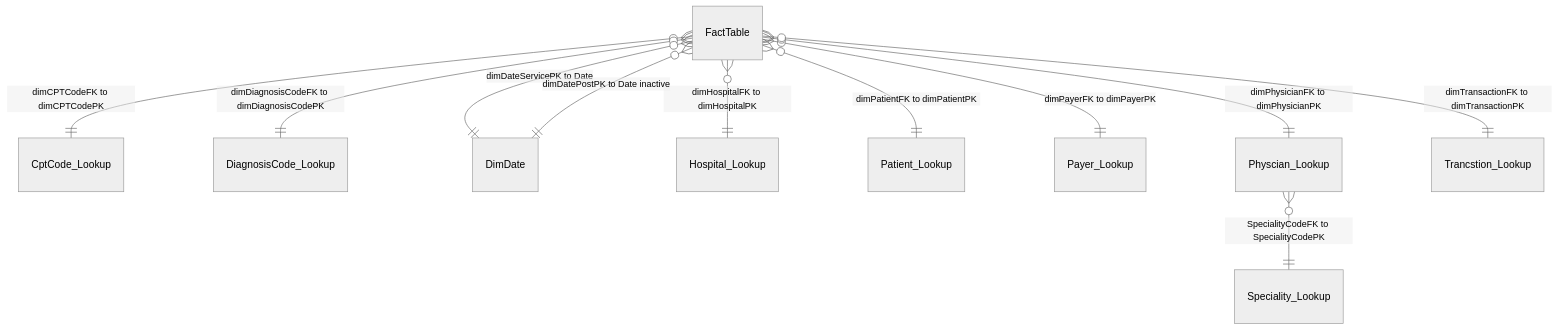
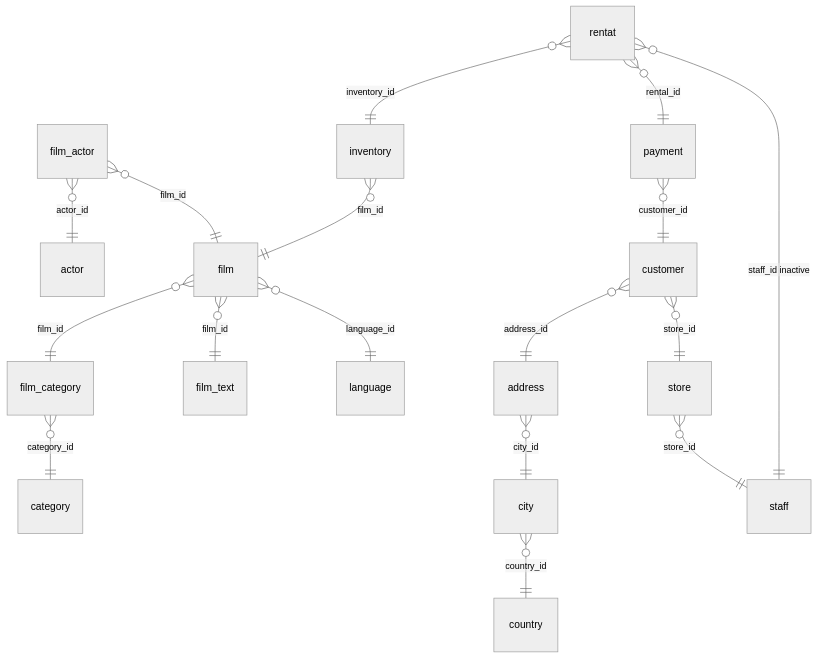
One commit to BasavarajAngadi55/PBI-to-looker-using-cursor- changed the diagram in phase1/DATA_MODEL.md. Above: the diagram before and after it, drawn with Mermaid (neutral theme). The commit also changed other lines of this file and 45 other files, not shown here.

````diff
--- a/phase1/DATA_MODEL.md
+++ b/phase1/DATA_MODEL.md
@@ -16,13 +16,19 @@
 ```mermaid
 erDiagram
-    FactTable }o--|| CptCode_Lookup : "dimCPTCodeFK to dimCPTCodePK"
-    FactTable }o--|| DiagnosisCode_Lookup : "dimDiagnosisCodeFK to dimDiagnosisCodePK"
-    FactTable }o--|| DimDate : "dimDateServicePK to Date"
-    FactTable }o--|| Hospital_Lookup : "dimHospitalFK to dimHospitalPK"
-    FactTable }o--|| Patient_Lookup : "dimPatientFK to dimPatientPK"
-    FactTable }o--|| Payer_Lookup : "dimPayerFK to dimPayerPK"
-    FactTable }o--|| Physcian_Lookup : "dimPhysicianFK to dimPhysicianPK"
-    FactTable }o--|| Trancstion_Lookup : "dimTransactionFK to dimTransactionPK"
-    Physcian_Lookup }o--|| Speciality_Lookup : "SpecialityCodeFK to SpecialityCodePK"
-    FactTable }o--|| DimDate : "dimDatePostPK to Date inactive"
+    address }o--|| city : "city_id"
+    city }o--|| country : "country_id"
+    customer }o--|| address : "address_id"
+    customer }o--|| store : "store_id"
+    film }o--|| film_category : "film_id"
+    film }o--|| film_text : "film_id"
+    film }o--|| language : "language_id"
+    film_actor }o--|| actor : "actor_id"
+    film_actor }o--|| film : "film_id"
+    film_category }o--|| category : "category_id"
+    inventory }o--|| film : "film_id"
+    payment }o--|| customer : "customer_id"
+    rentat }o--|| inventory : "inventory_id"
+    rentat }o--|| payment : "rental_id"
+    store }o--|| staff : "store_id"
+    rentat }o--|| staff : "staff_id inactive"
 ```
````
